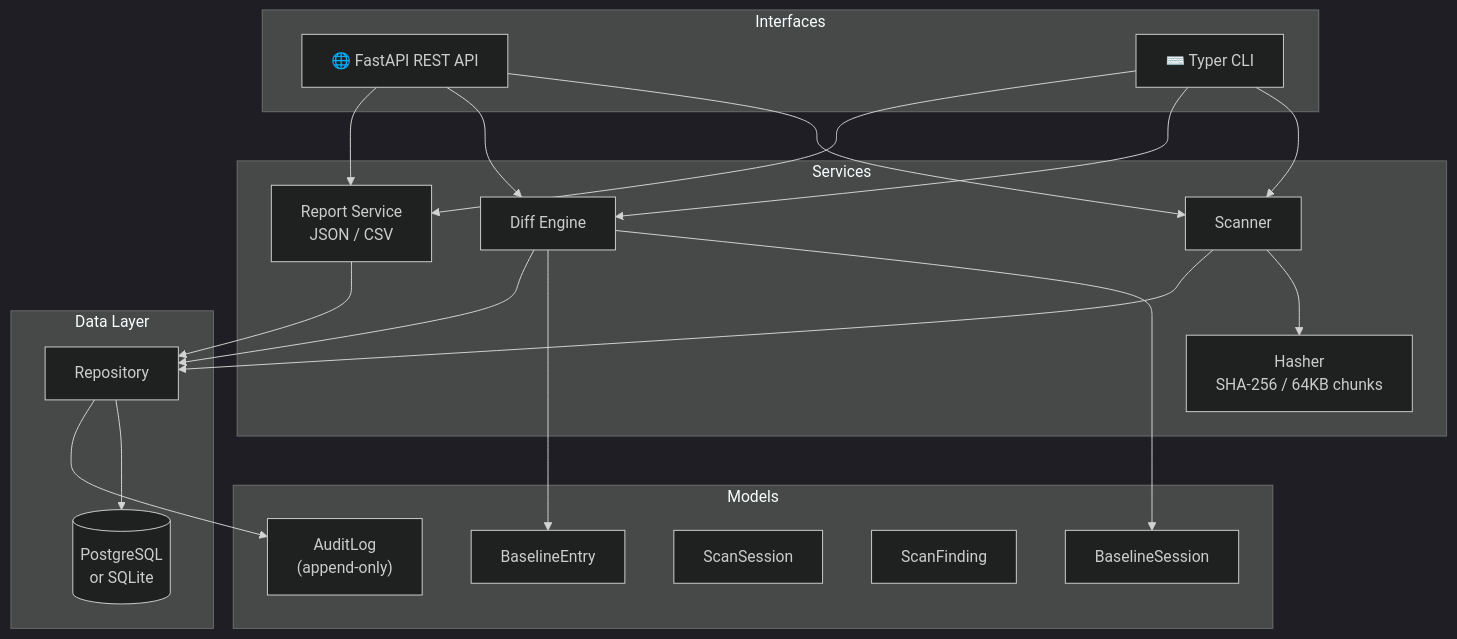
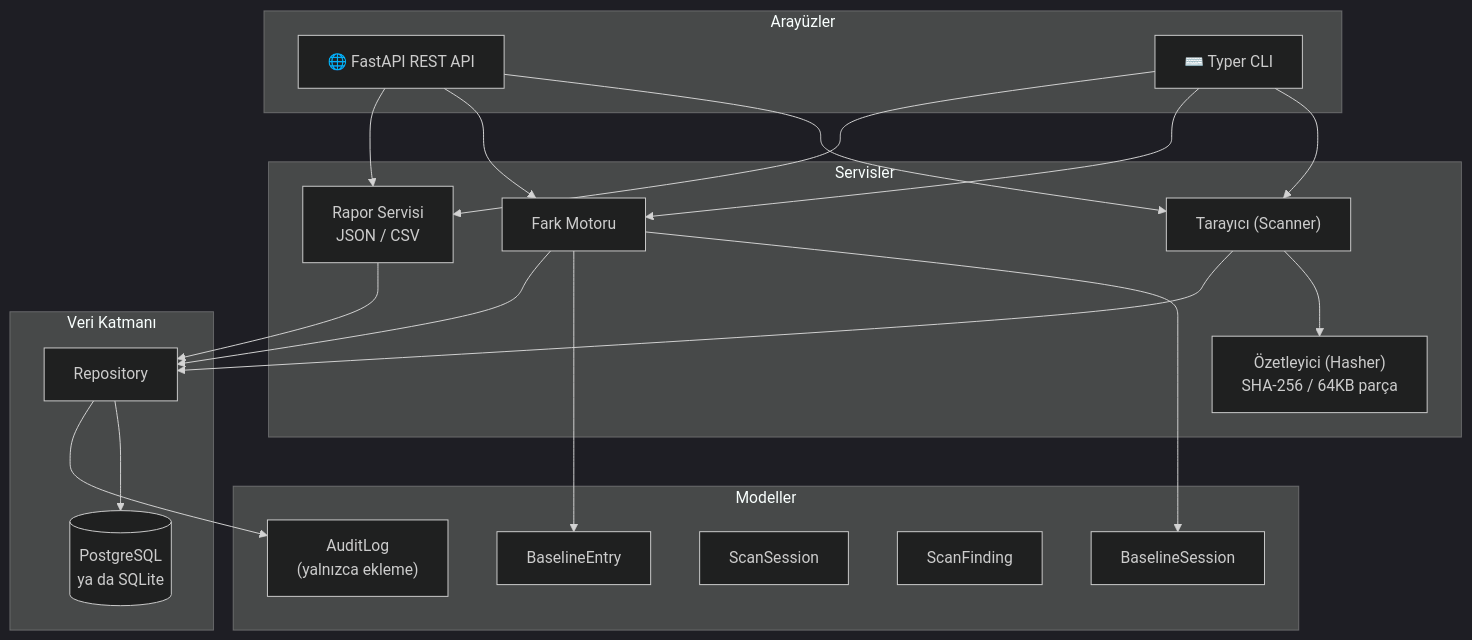
Before and after one commit to hasancrlk/dosya-butunlugu-izleme: the diagram in README.md, drawn with Mermaid (dark theme). The commit also changed other lines of this file, not shown here.

````diff
--- a/README.md
+++ b/README.md
@@ -57,42 +112,42 @@
 ```mermaid
 graph TB
-    subgraph Interfaces
+    subgraph Arayüzler
         API["🌐 FastAPI REST API"]
         CLI["⌨️ Typer CLI"]
     end
 
-    subgraph Services
-        SC["Scanner"]
-        HS["Hasher\nSHA-256 / 64KB chunks"]
-        DE["Diff Engine"]
-        RS["Report Service\nJSON / CSV"]
+    subgraph Servisler
+        SC["Tarayıcı (Scanner)"]
+        HS["Özetleyici (Hasher)\nSHA-256 / 64KB parça"]
+        DE["Fark Motoru"]
+        RS["Rapor Servisi\nJSON / CSV"]
     end
 
-    subgraph Data Layer
+    subgraph Veri Katmanı
         REPO["Repository"]
-        DB[("PostgreSQL\nor SQLite")]
+        DB[("PostgreSQL\nya da SQLite")]
     end
 
-    subgraph Models
+    subgraph Modeller
         BS["BaselineSession"]
         BE["BaselineEntry"]
         SS["ScanSession"]
         SF["ScanFinding"]
-        AL["AuditLog\n(append-only)"]
+        AL["AuditLog\n(yalnızca ekleme)"]
     end
 
     API --> SC
     API --> DE
     API --> RS
     CLI --> SC
     CLI --> DE
     CLI --> RS
     SC --> HS
     DE --> BS
     DE --> BE
     SC --> REPO
     DE --> REPO
     RS --> REPO
     REPO --> DB
     REPO --> AL
 ```
````
